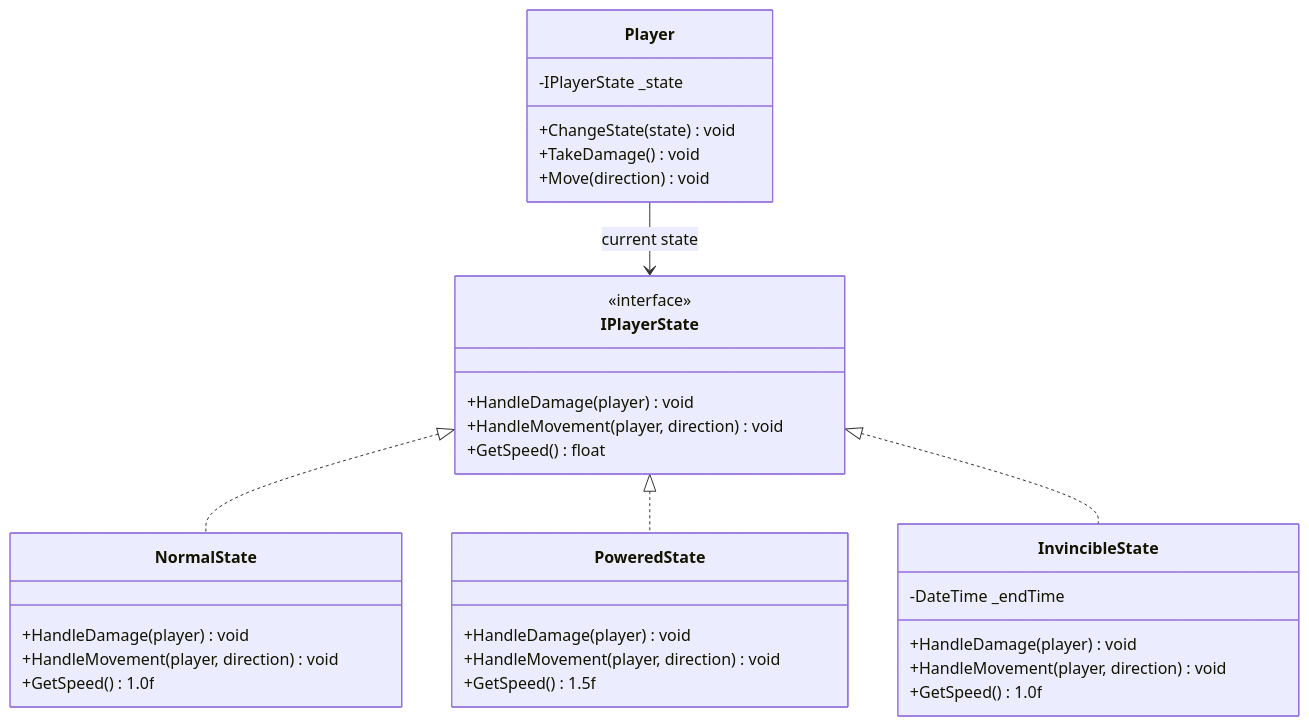
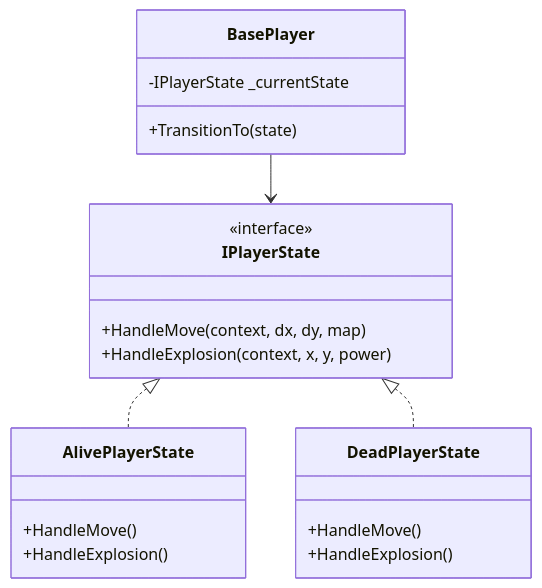
Before and after one commit to sudedincer/BombermanWithDesignPatterns: the third of 11 diagrams in DESIGN_DOCUMENT.md, drawn with Mermaid. The commit also changed other lines of this file and 1 other file, not shown here.

````diff
--- a/DESIGN_DOCUMENT.md
+++ b/DESIGN_DOCUMENT.md
@@ -345,40 +296,27 @@
 ```mermaid
 classDiagram
     class IPlayerState {
         <<interface>>
-        +HandleDamage(player) void
-        +HandleMovement(player, direction) void
-        +GetSpeed() float
+        +HandleMove(context, dx, dy, map)
+        +HandleExplosion(context, x, y, power)
     }
     
-    class NormalState {
-        +HandleDamage(player) void
-        +HandleMovement(player, direction) void
-        +GetSpeed() 1.0f
+    class AlivePlayerState {
+        +HandleMove()
+        +HandleExplosion()
     }
     
-    class PoweredState {
-        +HandleDamage(player) void
-        +HandleMovement(player, direction) void
-        +GetSpeed() 1.5f
+    class DeadPlayerState {
+        +HandleMove()
+        +HandleExplosion()
     }
     
-    class InvincibleState {
-        -DateTime _endTime
-        +HandleDamage(player) void
-        +HandleMovement(player, direction) void
-        +GetSpeed() 1.0f
+    class BasePlayer {
+        -IPlayerState _currentState
+        +TransitionTo(state)
     }
     
-    class Player {
-        -IPlayerState _state
-        +ChangeState(state) void
-        +TakeDamage() void
-        +Move(direction) void
-    }
-    
-    IPlayerState <|.. NormalState
-    IPlayerState <|.. PoweredState
-    IPlayerState <|.. InvincibleState
-    Player --> IPlayerState : current state
+    IPlayerState <|.. AlivePlayerState
+    IPlayerState <|.. DeadPlayerState
+    BasePlayer --> IPlayerState
 ```
````
